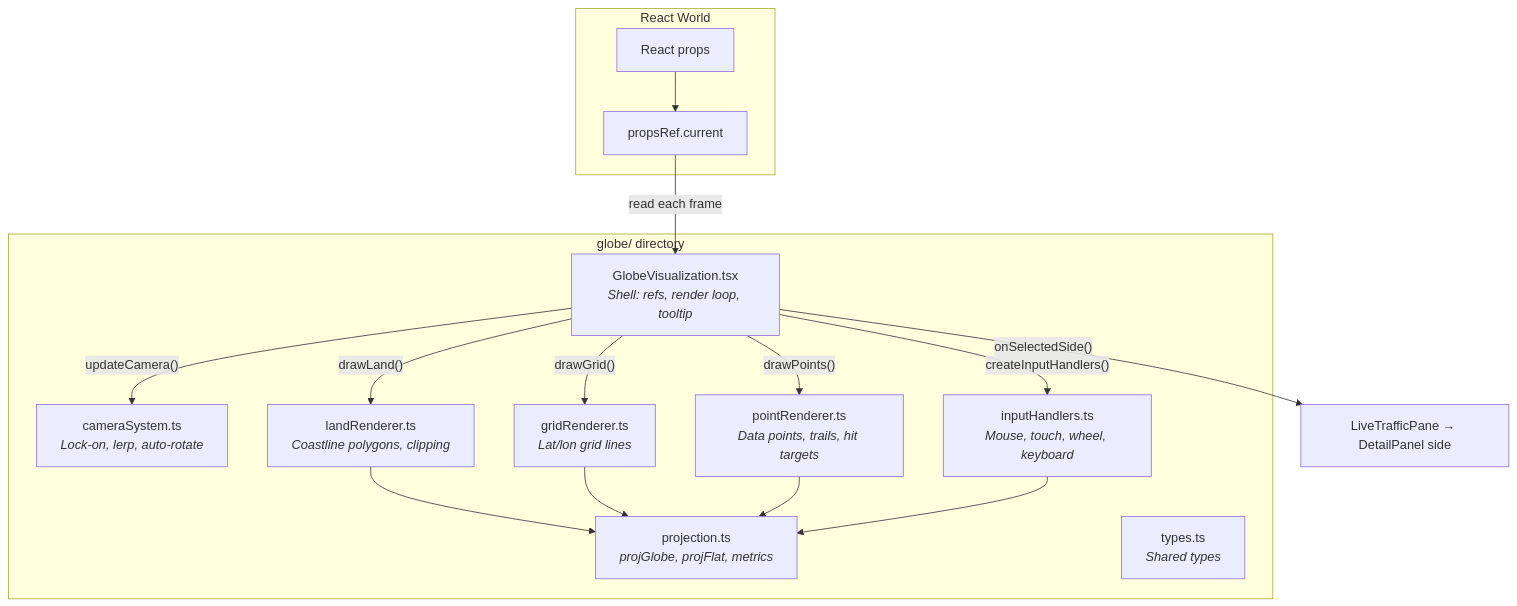
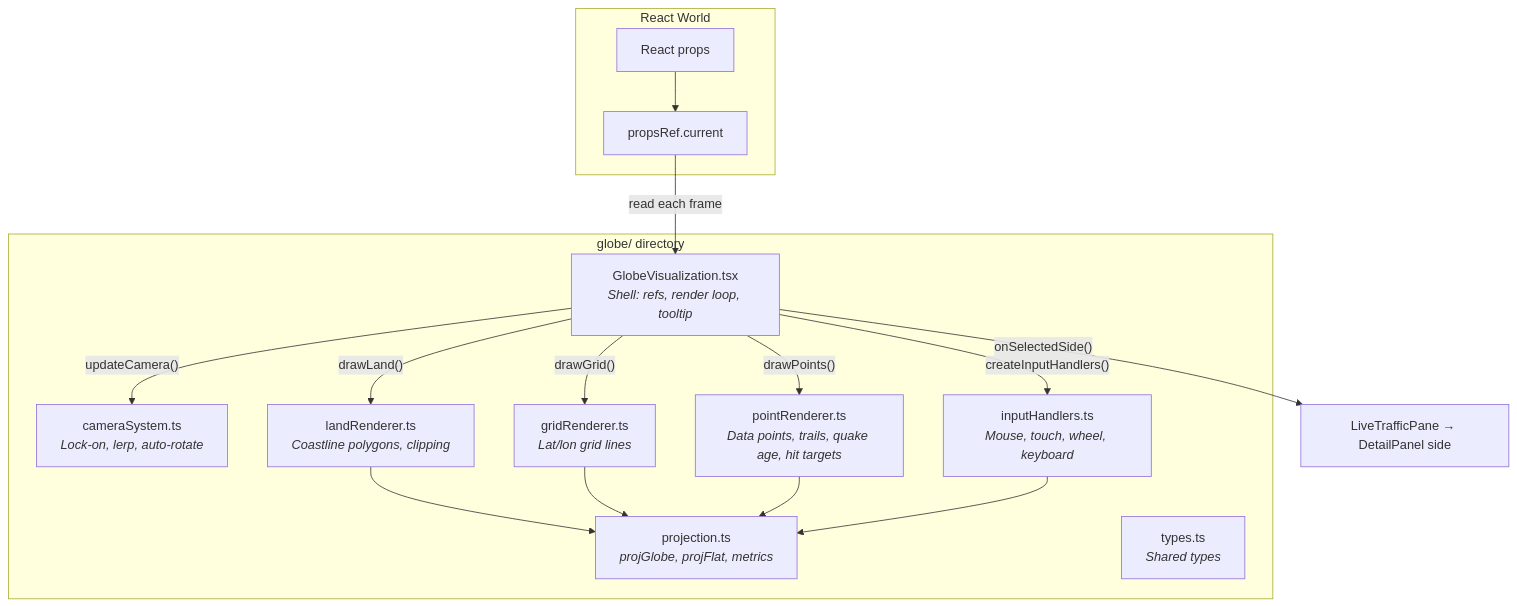
One commit to iiTONELOC/sigint changed the seventh of 14 diagrams in docs/architecture.md. Above: the diagram before and after it, drawn with Mermaid. The commit also changed other lines of this file and 30 other files, not shown here.

````diff
--- a/docs/architecture.md
+++ b/docs/architecture.md
@@ -393,29 +446,29 @@
 ```mermaid
 flowchart TD
     subgraph "globe/ directory"
         Shell["GlobeVisualization.tsx<br/><i>Shell: refs, render loop, tooltip</i>"]
         Camera["cameraSystem.ts<br/><i>Lock-on, lerp, auto-rotate</i>"]
         Input["inputHandlers.ts<br/><i>Mouse, touch, wheel, keyboard</i>"]
-        Points["pointRenderer.ts<br/><i>Data points, trails, hit targets</i>"]
+        Points["pointRenderer.ts<br/><i>Data points, trails, quake age, hit targets</i>"]
         Land["landRenderer.ts<br/><i>Coastline polygons, clipping</i>"]
         Grid["gridRenderer.ts<br/><i>Lat/lon grid lines</i>"]
         Proj["projection.ts<br/><i>projGlobe, projFlat, metrics</i>"]
         Types["types.ts<br/><i>Shared types</i>"]
     end
 
     subgraph "React World"
         Props["React props"] --> PropsRef["propsRef.current"]
     end
 
     PropsRef -->|"read each frame"| Shell
     Shell -->|"updateCamera()"| Camera
     Shell -->|"drawLand()"| Land
     Shell -->|"drawGrid()"| Grid
     Shell -->|"drawPoints()"| Points
     Shell -->|"createInputHandlers()"| Input
     Shell -->|"onSelectedSide()"| Pane["LiveTrafficPane → DetailPanel side"]
     Land --> Proj
     Grid --> Proj
     Points --> Proj
     Input --> Proj
 ```
````
